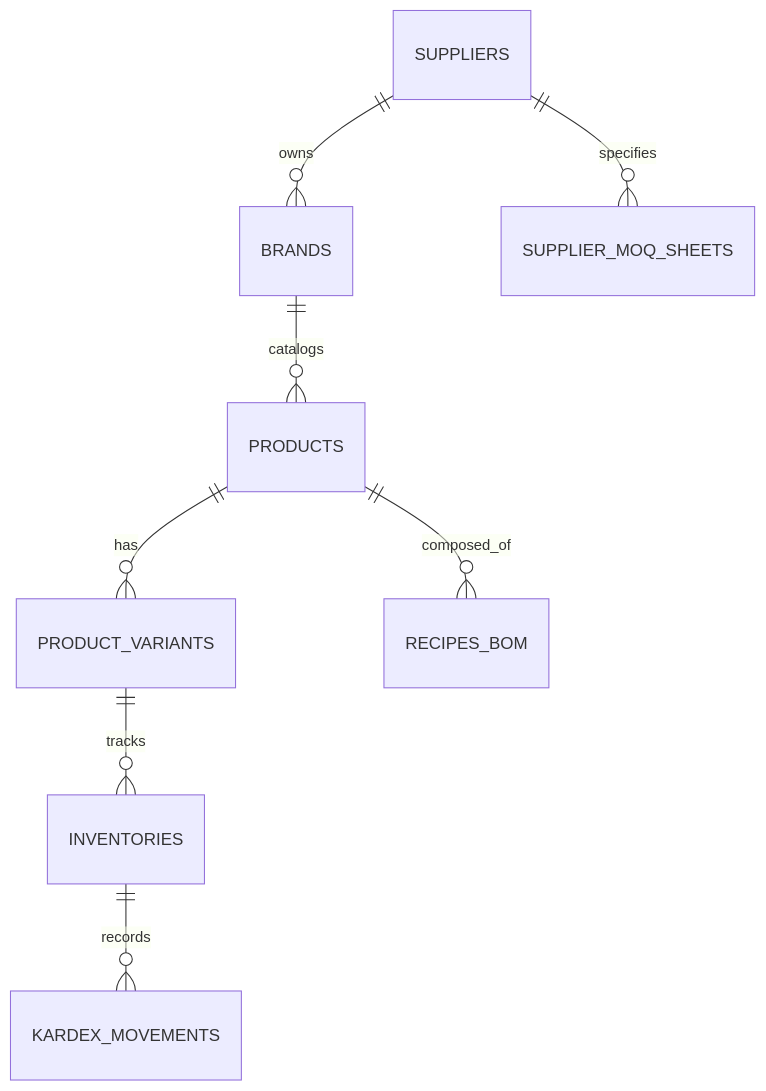
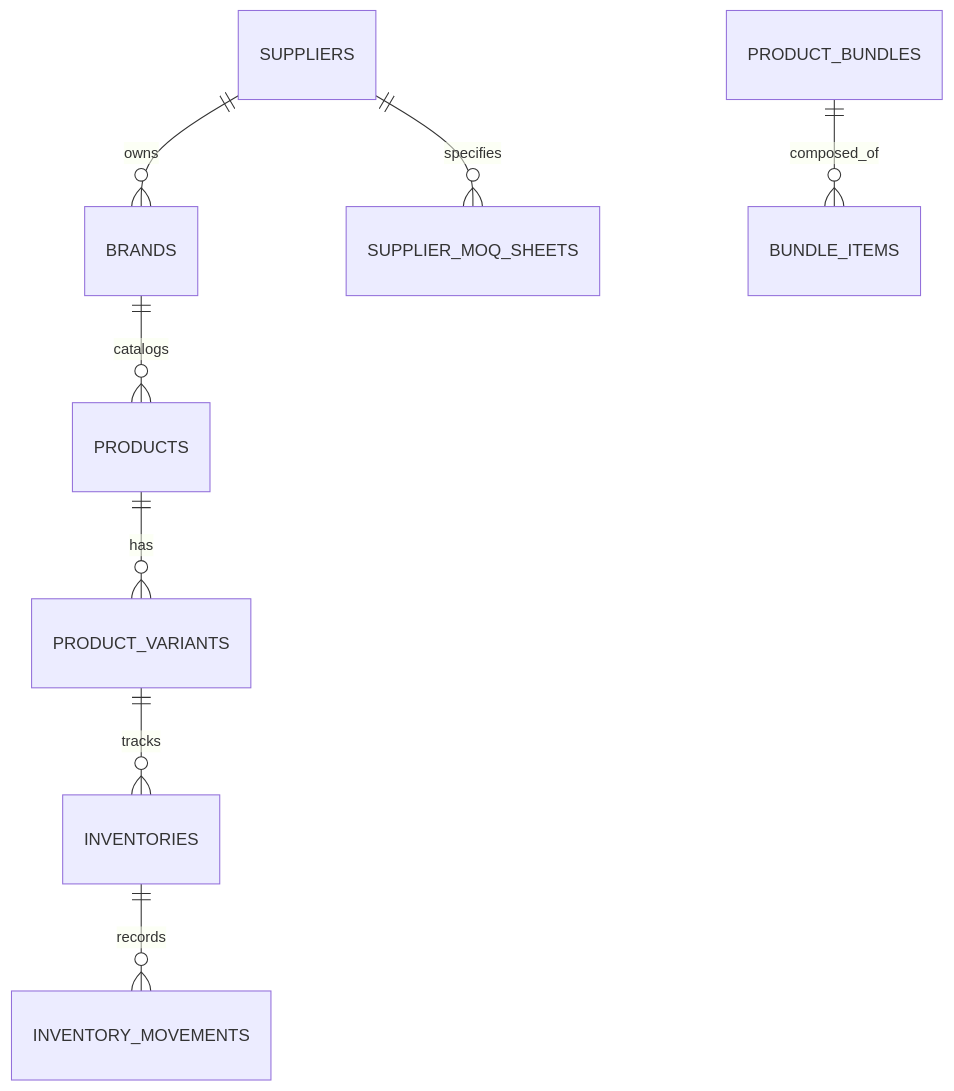
Before and after one commit to arteagaescorza-dev/mi-tienda-online: the diagram in docs/modules/hub-4-inventario-catalogo.md, drawn with Mermaid. The commit also changed other lines of this file and 49 other files, not shown here.

````diff
--- a/docs/modules/hub-4-inventario-catalogo.md
+++ b/docs/modules/hub-4-inventario-catalogo.md
@@ -25,10 +23,10 @@
 ```mermaid
 erDiagram
     SUPPLIERS ||--o{ BRANDS : owns
     SUPPLIERS ||--o{ SUPPLIER_MOQ_SHEETS : specifies
     BRANDS ||--o{ PRODUCTS : catalogs
     PRODUCTS ||--o{ PRODUCT_VARIANTS : has
     PRODUCT_VARIANTS ||--o{ INVENTORIES : tracks
-    INVENTORIES ||--o{ KARDEX_MOVEMENTS : records
-    PRODUCTS ||--o{ RECIPES_BOM : composed_of
+    INVENTORIES ||--o{ INVENTORY_MOVEMENTS : records
+    PRODUCT_BUNDLES ||--o{ BUNDLE_ITEMS : composed_of
 ```
````
